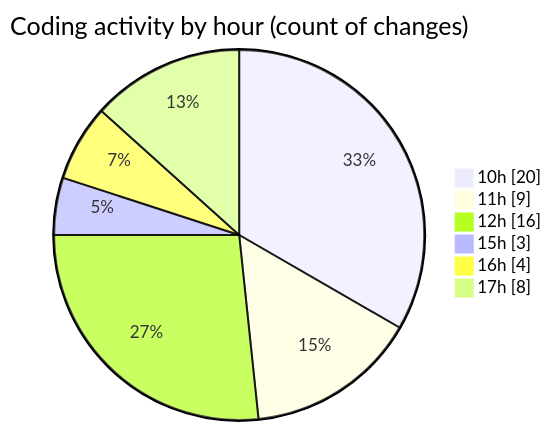
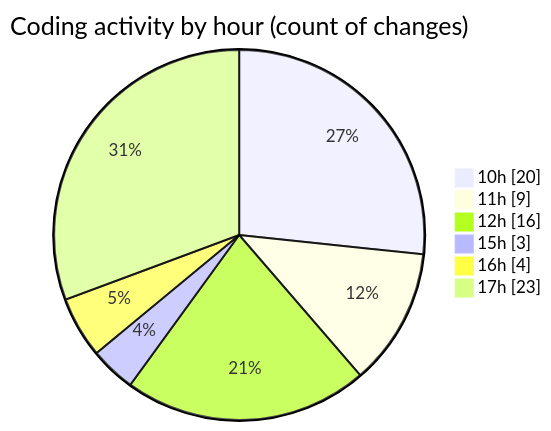
One commit to nxtqubesakshisongat/code-tracking changed the second of 2 diagrams in 2026-02-20/nxtqube_webapp/README.md. Above: the diagram before and after it, drawn with Mermaid. The commit also changed other lines of this file and 1 other file, not shown here.

````diff
--- a/2026-02-20/nxtqube_webapp/README.md
+++ b/2026-02-20/nxtqube_webapp/README.md
@@ -41,10 +41,10 @@
 ```mermaid
 pie showData
 title Coding activity by hour (count of changes)
 "10h" : 20
 "11h" : 9
 "12h" : 16
 "15h" : 3
 "16h" : 4
-"17h" : 8
+"17h" : 23
 ```
````
